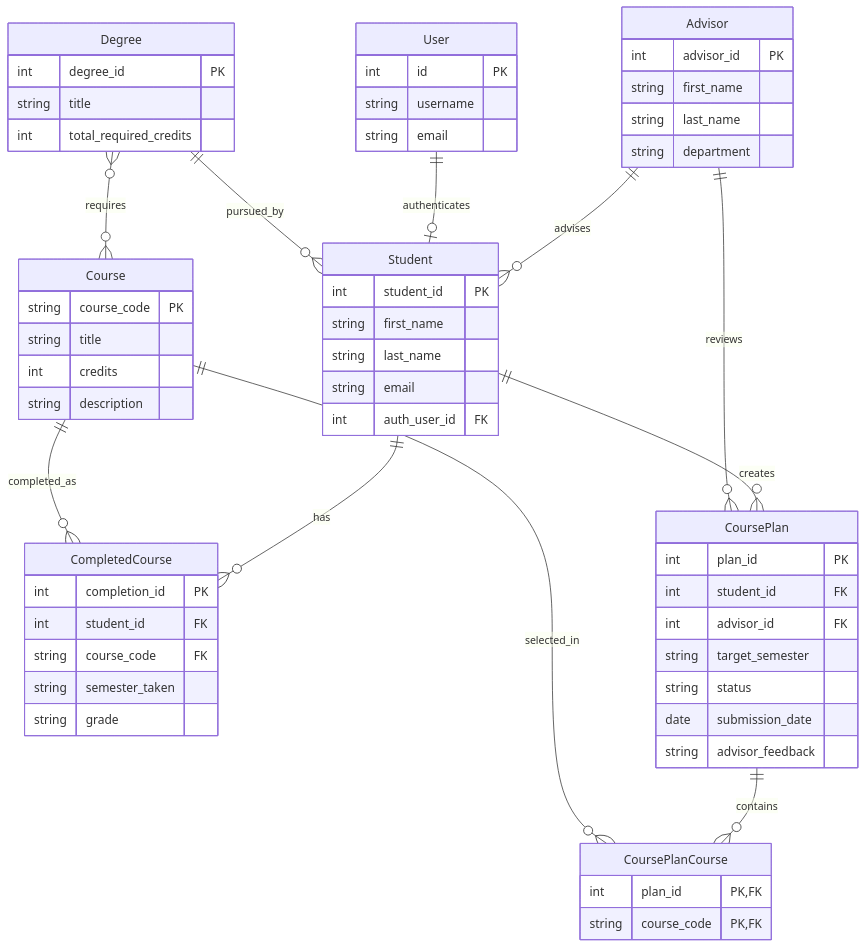
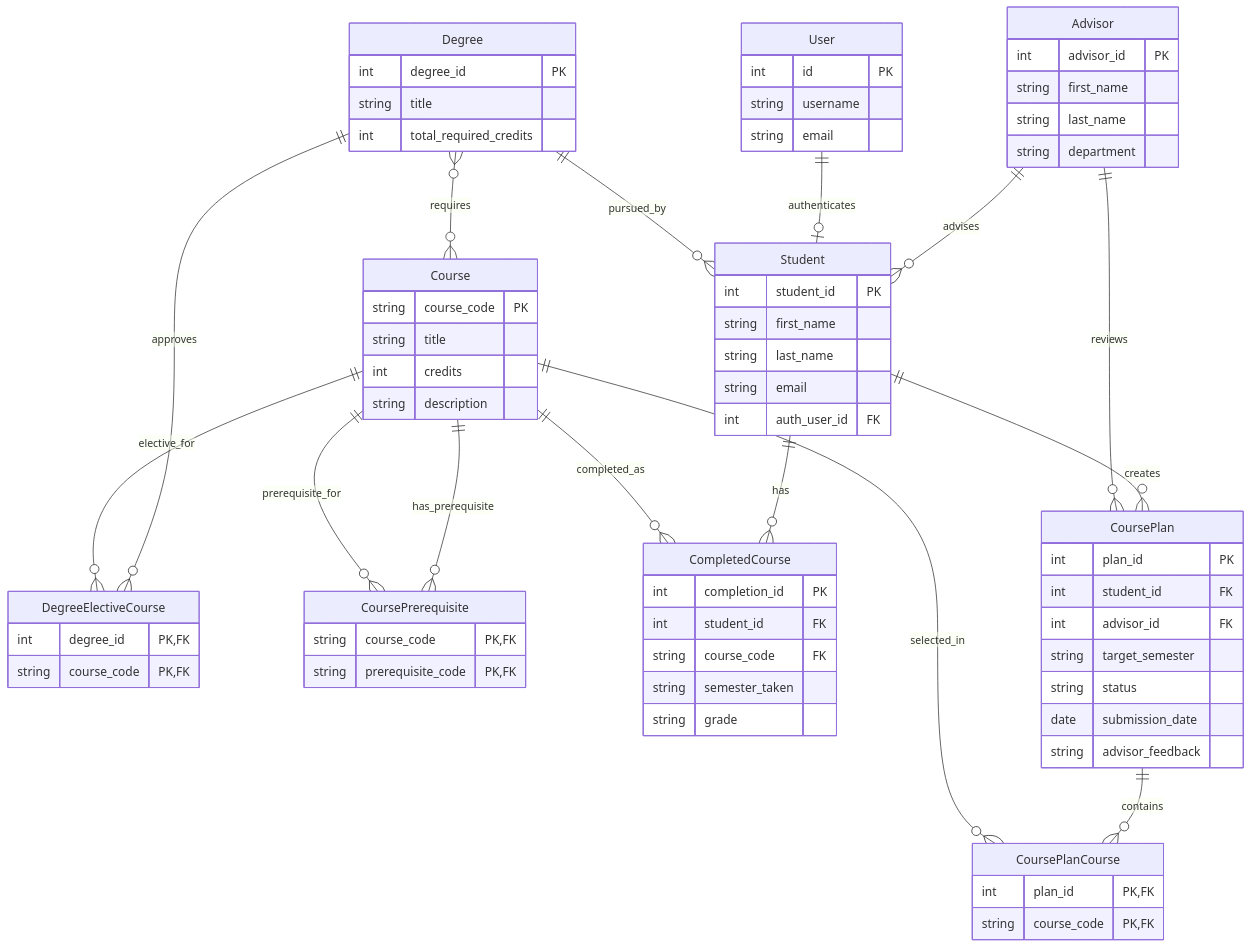
Before and after one commit to Hedley01/comp3613a1: the diagram in docs/report.md, drawn with Mermaid. The commit also changed other lines of this file and 11 other files, not shown here.

````diff
--- a/docs/report.md
+++ b/docs/report.md
@@ -33,63 +33,75 @@
 ```mermaid
 erDiagram
   Student {
     int student_id PK
     string first_name
     string last_name
     string email
     int auth_user_id FK
   }
   User {
     int id PK
     string username
     string email
   }
   Advisor {
     int advisor_id PK
     string first_name
     string last_name
     string department
   }
   Degree {
     int degree_id PK
     string title
     int total_required_credits
   }
   Course {
     string course_code PK
     string title
     int credits
     string description
   }
+  DegreeElectiveCourse {
+    int degree_id PK, FK
+    string course_code PK, FK
+  }
+  CoursePrerequisite {
+    string course_code PK, FK
+    string prerequisite_code PK, FK
+  }
   CompletedCourse {
     int completion_id PK
     int student_id FK
     string course_code FK
     string semester_taken
     string grade
   }
   CoursePlan {
     int plan_id PK
     int student_id FK
     int advisor_id FK
     string target_semester
     string status
     date submission_date
     string advisor_feedback
   }
   CoursePlanCourse {
     int plan_id PK, FK
     string course_code PK, FK
   }
 
   Advisor ||--o{ Student : advises
   User ||--o| Student : authenticates
   Degree ||--o{ Student : pursued_by
   Degree }o--o{ Course : requires
+  Degree ||--o{ DegreeElectiveCourse : approves
+  Course ||--o{ DegreeElectiveCourse : elective_for
+  Course ||--o{ CoursePrerequisite : has_prerequisite
+  Course ||--o{ CoursePrerequisite : prerequisite_for
   Student ||--o{ CompletedCourse : has
   Course ||--o{ CompletedCourse : completed_as
   Student ||--o{ CoursePlan : creates
   Advisor ||--o{ CoursePlan : reviews
   CoursePlan ||--o{ CoursePlanCourse : contains
   Course ||--o{ CoursePlanCourse : selected_in
 ```
````
